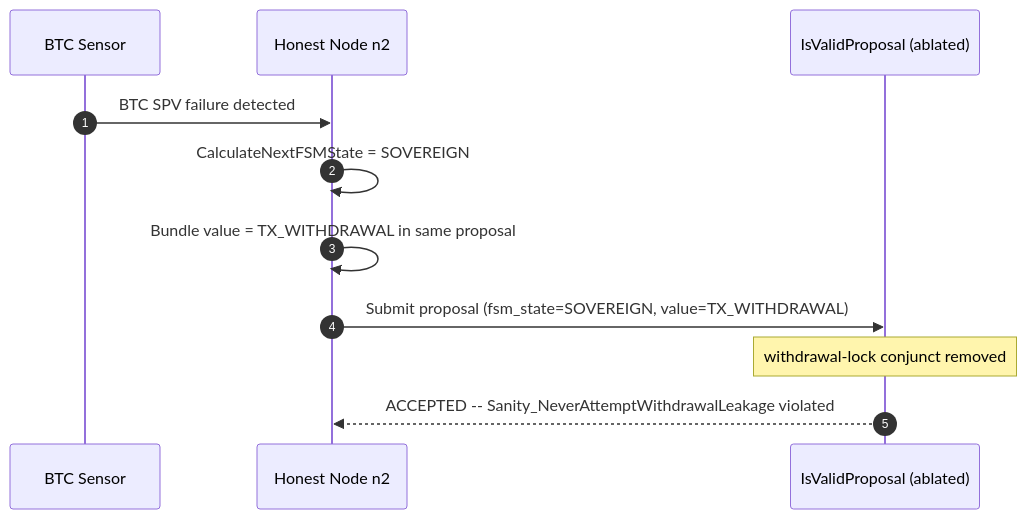
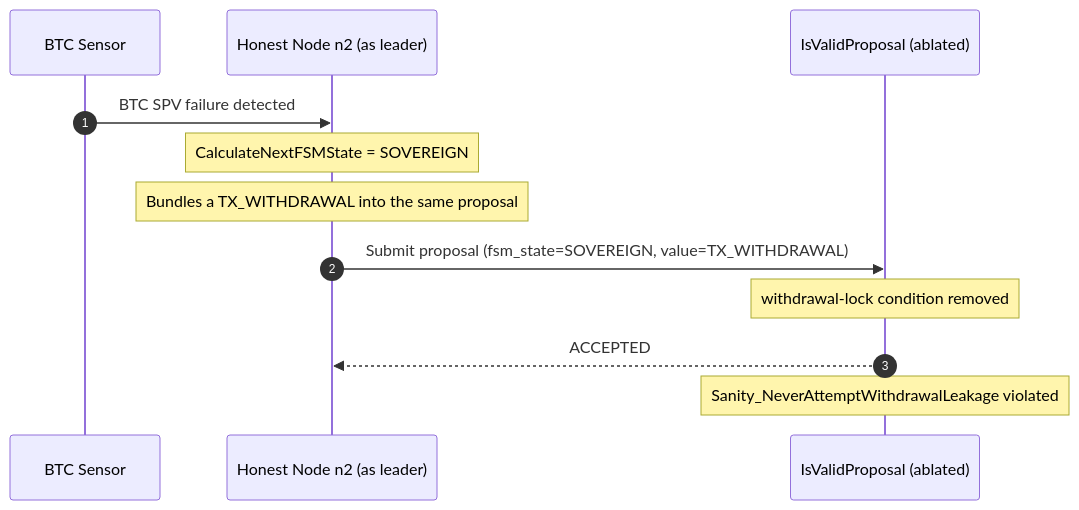
One commit to cuongct924/engram-sovereign-fsm changed the fourth of 9 diagrams in spec/README.md. Above: the diagram before and after it, drawn with Mermaid. The commit also changed other lines of this file and 4 other files, not shown here.

````diff
--- a/spec/README.md
+++ b/spec/README.md
@@ -862,14 +882,15 @@
 ```mermaid
 sequenceDiagram
     autonumber
     participant S as BTC Sensor
-    participant N as Honest Node n2
+    participant N as Honest Node n2 (as leader)
     participant F as IsValidProposal (ablated)
 
     S->>N: BTC SPV failure detected
-    N->>N: CalculateNextFSMState = SOVEREIGN
-    N->>N: Bundle value = TX_WITHDRAWAL in same proposal
+    Note over N: CalculateNextFSMState = SOVEREIGN
+    Note over N: Bundles a TX_WITHDRAWAL into the same proposal
     N->>F: Submit proposal (fsm_state=SOVEREIGN, value=TX_WITHDRAWAL)
-    Note over F: withdrawal-lock conjunct removed
-    F-->>N: ACCEPTED -- Sanity_NeverAttemptWithdrawalLeakage violated
+    Note over F: withdrawal-lock condition removed
+    F-->>N: ACCEPTED
+    Note over F: Sanity_NeverAttemptWithdrawalLeakage violated
 ```
````
